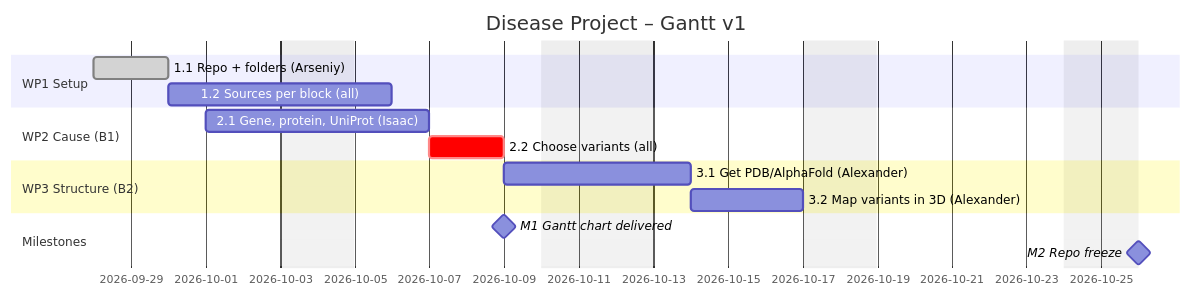
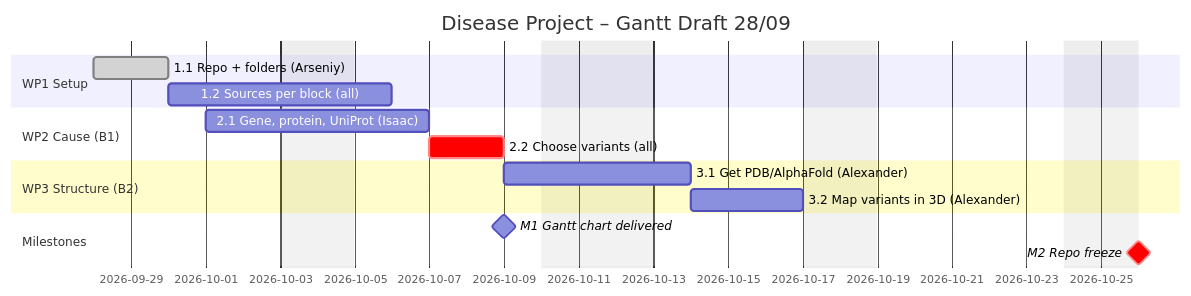
One commit to detorotodorov-alexander/12DP-C_GA_IB_2026 changed the diagram in gantt/placeholder.md. Above: the diagram before and after it, drawn with Mermaid.

Commit message:
Update Gantt chart title and date format

````diff
--- a/gantt/placeholder.md
+++ b/gantt/placeholder.md
@@ -1,18 +1,18 @@
 ```mermaid
 gantt
-    title Disease Project – Gantt v1
-    dateFormat YYYY-MM-DD
+    title Disease Project – Gantt Draft 28/09
+    dateFormat DD-MM-YYYY
     excludes weekends, 2026-10-12
     section WP1 Setup
     1.1 Repo + folders (Arseniy)      :done, t11, 2026-09-28, 2d
     1.2 Sources per block (all)       :t12, after t11, 4d
     section WP2 Cause (B1)
     2.1 Gene, protein, UniProt (Isaac):t21, 2026-10-01, 4d
     2.2 Choose variants (all)         :crit, t22, after t21, 2d
     section WP3 Structure (B2)
     3.1 Get PDB/AlphaFold (Alexander) :t31, after t22, 2d
     3.2 Map variants in 3D (Alexander):t32, after t31, 3d
     section Milestones
     M1 Gantt chart delivered          :milestone, m1, 2026-10-09, 0d
-    M2 Repo freeze                    :milestone, m2, 2026-10-26, 0d
+    M2 Repo freeze                    :crit, milestone, m2, 2026-10-26, 0d
 ```
````
